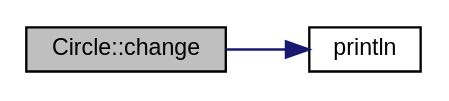
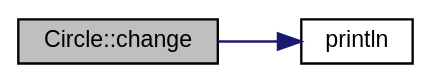
The diagram in d0/d88/class_circle_affbe64c008c0cb9d1f8132383c85aaf1_cgraph.dot (marisarze/otus_cpp_development_principles), drawn with Graphviz before and after one commit. The commit also changed 82 other files, not shown here.

```diff
--- a/d0/d88/class_circle_affbe64c008c0cb9d1f8132383c85aaf1_cgraph.dot
+++ b/d0/d88/class_circle_affbe64c008c0cb9d1f8132383c85aaf1_cgraph.dot
@@ -1,11 +1,12 @@
 digraph "Circle::change"
 {
  // INTERACTIVE_SVG=YES
  // LATEX_PDF_SIZE
+  bgcolor="transparent";
   edge [fontname="Helvetica",fontsize="10",labelfontname="Helvetica",labelfontsize="10"];
   node [fontname="Helvetica",fontsize="10",shape=record];
   rankdir="LR";
   Node1 [label="Circle::change",height=0.2,width=0.4,color="black", fillcolor="grey75", style="filled", fontcolor="black",tooltip="implementation of the method for changing the graphic primitive \"Circle\""];
   Node1 -> Node2 [color="midnightblue",fontsize="10",style="solid",fontname="Helvetica"];
-  Node2 [label="println",height=0.2,width=0.4,color="black", fillcolor="white", style="filled",URL="$d1/d1f/editor_8cpp.html#a7187bd2506b183203982bbb35c73483b",tooltip="Utility function for printing messages using <fmt> library plus new line character."];
+  Node2 [label="println",height=0.2,width=0.4,color="black",URL="$d1/d1f/editor_8cpp.html#a7187bd2506b183203982bbb35c73483b",tooltip="Utility function for printing messages using <fmt> library plus new line character."];
 }
```
